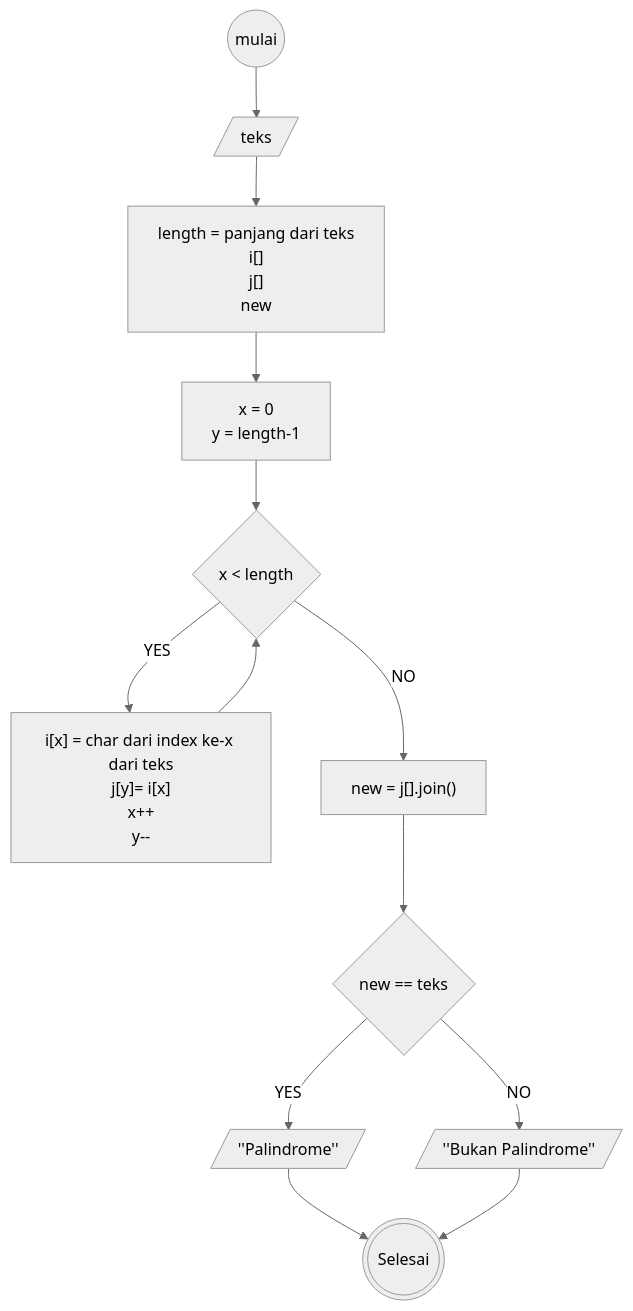
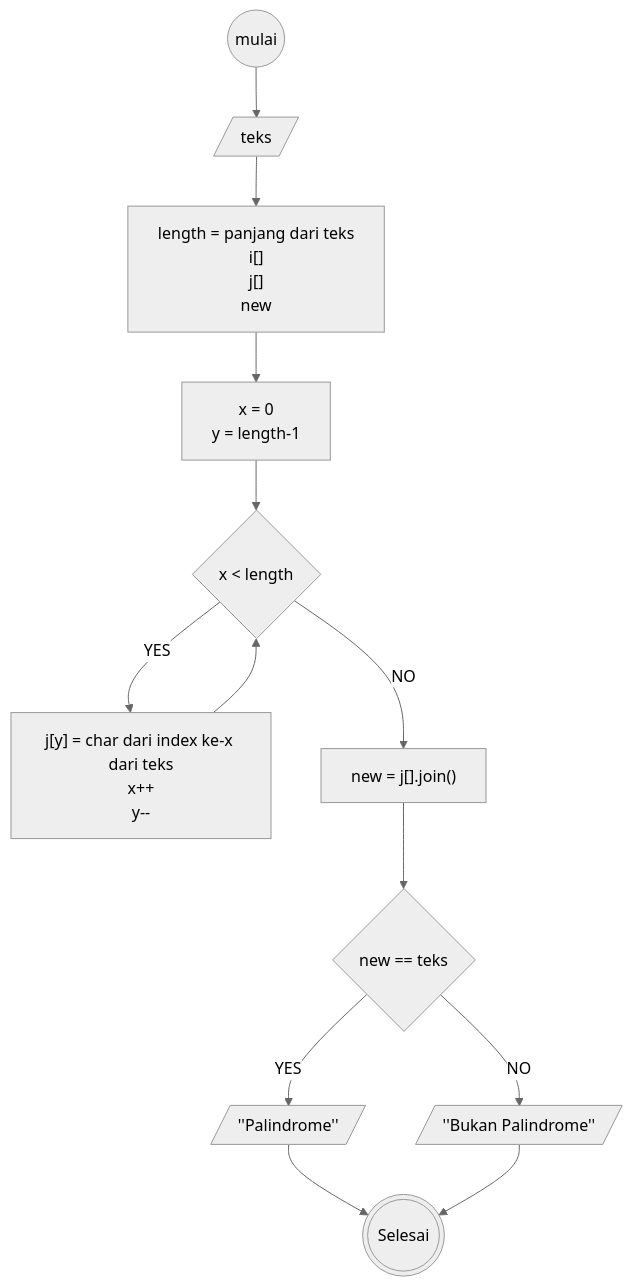
Before and after one commit to mdavindarinaldy/fgo24-weeklytask1: the first of 2 diagrams in wt1-algoritma.md, drawn with Mermaid (neutral theme). The commit also changed other lines of this file, not shown here.

````diff
--- a/wt1-algoritma.md
+++ b/wt1-algoritma.md
@@ -25,29 +23,28 @@
 ```mermaid
 flowchart TD
 A((mulai))
 B[/teks/]
 C@{shape:rect, label: "length = panjang dari teks
 i[]
 j[]
 new"}
 D[x = 0
 y = length-1]
 E{x < length}
-F@{shape:rect, label: "i[x] = char dari index ke-x dari teks
-j[y]= i[x]
+F@{shape:rect, label: "j[y] = char dari index ke-x dari teks
 x++
 y--
 "}
 G@{shape: rect, label: "new = j[].join()"}
 H{new == teks}
 I[/''Palindrome''/]
 J[/''Bukan Palindrome''/]
 K(((Selesai)))
 
 A --> B --> C --> D --> E --YES--> F --> E
 E --NO--> G --> H --YES--> I 
 H --NO--> J 
 I & J --> K
 
 
 ```
````
